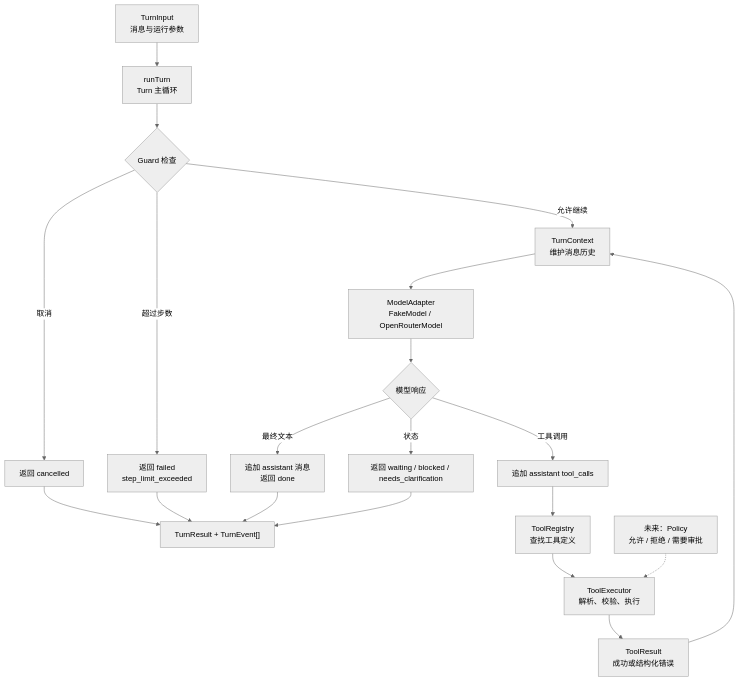
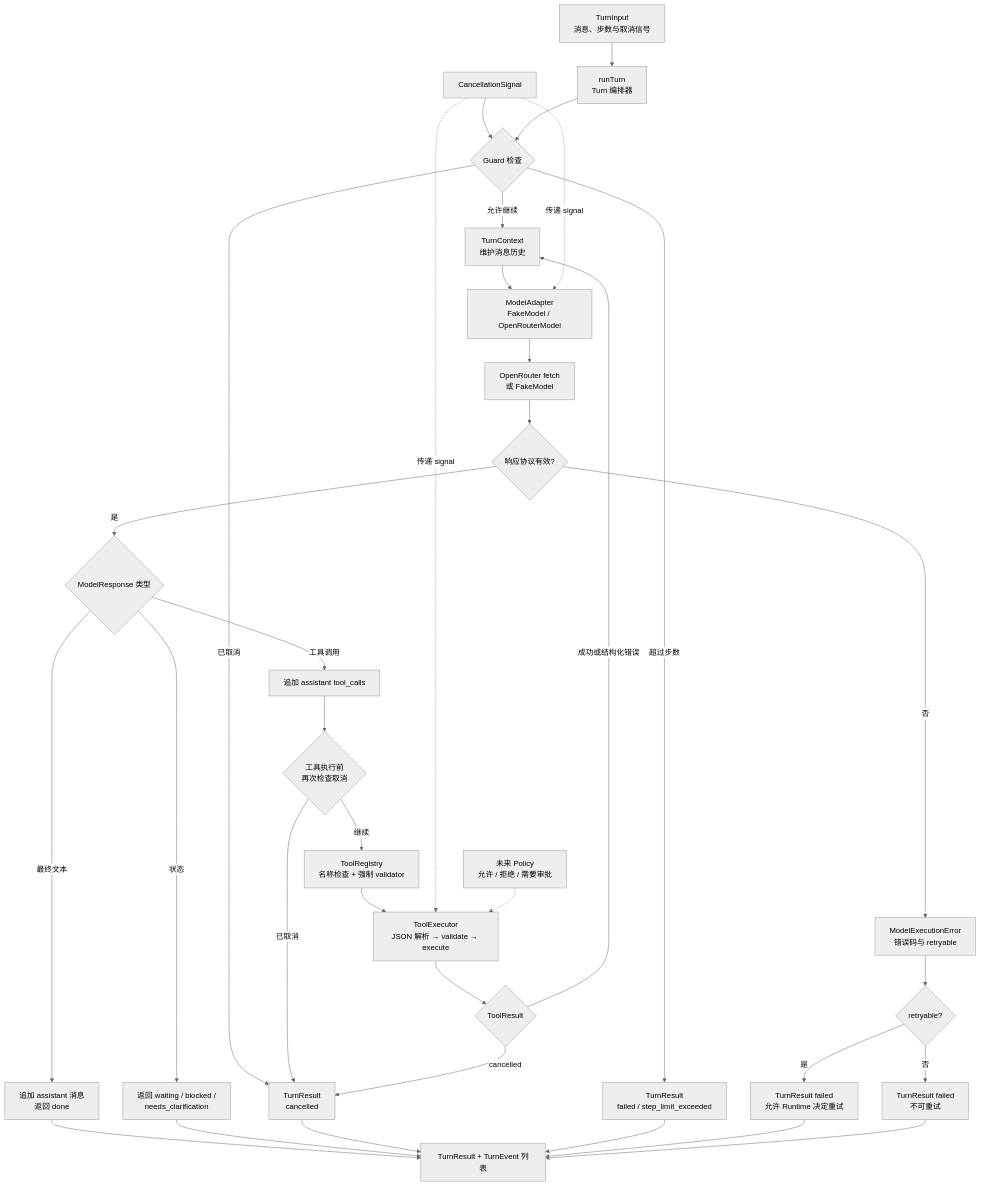
Before and after one commit to ShawnDen-coder/fastmpa: the diagram in packages/agent-core/docs/architecture.mmd, drawn with Mermaid (neutral theme). The commit also changed 13 other files, not shown here.

Commit message:
Harden agent core execution boundaries

```diff
--- a/packages/agent-core/docs/architecture.mmd
+++ b/packages/agent-core/docs/architecture.mmd
@@ -1,23 +1,43 @@
-%% agent-core 的一次 Turn：从模型请求到最终结果
+%% agent-core 一次 Turn 的控制流、取消传播与错误边界
 flowchart TD
-    Input[TurnInput<br/>消息与运行参数] --> Run[runTurn<br/>Turn 主循环]
-    Run --> Guard{Guard 检查}
-    Guard -->|取消| Cancel[返回 cancelled]
-    Guard -->|超过步数| Limit[返回 failed<br/>step_limit_exceeded]
+    Input[TurnInput<br/>消息、步数与取消信号] --> Run[runTurn<br/>Turn 编排器]
+    Signal[CancellationSignal] --> Guard{Guard 检查}
+    Run --> Guard
+
+    Guard -->|已取消| Cancel[TurnResult<br/>cancelled]
+    Guard -->|超过步数| Limit[TurnResult<br/>failed / step_limit_exceeded]
     Guard -->|允许继续| Context[TurnContext<br/>维护消息历史]
+
     Context --> Model[ModelAdapter<br/>FakeModel / OpenRouterModel]
-    Model --> Response{模型响应}
+    Signal -.->|传递 signal| Model
+    Model --> Provider[OpenRouter fetch<br/>或 FakeModel]
+    Provider --> Parse{响应协议有效?}
+    Parse -->|否| ModelError[ModelExecutionError<br/>错误码与 retryable]
+    Parse -->|是| Response{ModelResponse 类型}
+
+    ModelError --> Retry{retryable?}
+    Retry -->|是| FailedRetry[TurnResult failed<br/>允许 Runtime 决定重试]
+    Retry -->|否| FailedStop[TurnResult failed<br/>不可重试]
+
     Response -->|最终文本| Done[追加 assistant 消息<br/>返回 done]
-    Response -->|状态| Status[返回 waiting / blocked / needs_clarification]
+    Response -->|状态| Status[返回 waiting / blocked /<br/>needs_clarification]
     Response -->|工具调用| Assistant[追加 assistant tool_calls]
-    Assistant --> Registry[ToolRegistry<br/>查找工具定义]
-    Registry --> Executor[ToolExecutor<br/>解析、校验、执行]
-    Executor --> Result[ToolResult<br/>成功或结构化错误]
-    Result --> Context
-    Done --> Output["TurnResult + TurnEvent[]"]
+
+    Assistant --> ToolGuard{工具执行前<br/>再次检查取消}
+    ToolGuard -->|已取消| Cancel
+    ToolGuard -->|继续| Registry[ToolRegistry<br/>名称检查 + 强制 validator]
+    Registry --> Executor[ToolExecutor<br/>JSON 解析 → validate → execute]
+    Signal -.->|传递 signal| Executor
+    Executor --> ToolResult{ToolResult}
+    ToolResult -->|cancelled| Cancel
+    ToolResult -->|成功或结构化错误| Context
+
+    Done --> Output[TurnResult + TurnEvent 列表]
     Status --> Output
     Cancel --> Output
     Limit --> Output
+    FailedRetry --> Output
+    FailedStop --> Output
 
-    %% Policy 不在当前 agent-core 内；未来由 Runtime 或 Policy 层包裹工具执行边界
-    Policy[未来：Policy<br/>允许 / 拒绝 / 需要审批] -.-> Executor
+    %% Policy 不属于 agent-core，未来由 Runtime 或 Policy 层包裹工具边界
+    Policy[未来 Policy<br/>允许 / 拒绝 / 需要审批] -.-> Executor
```
